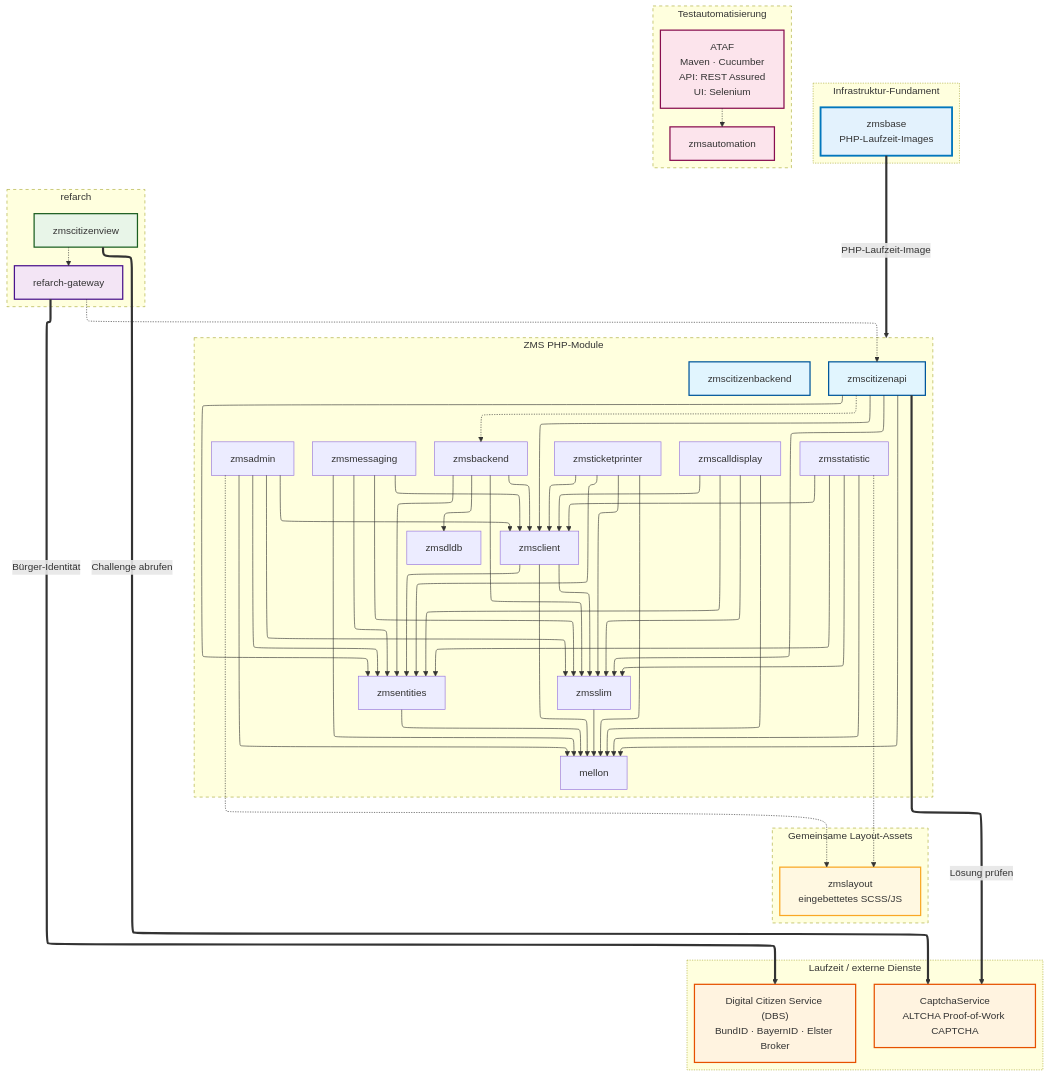
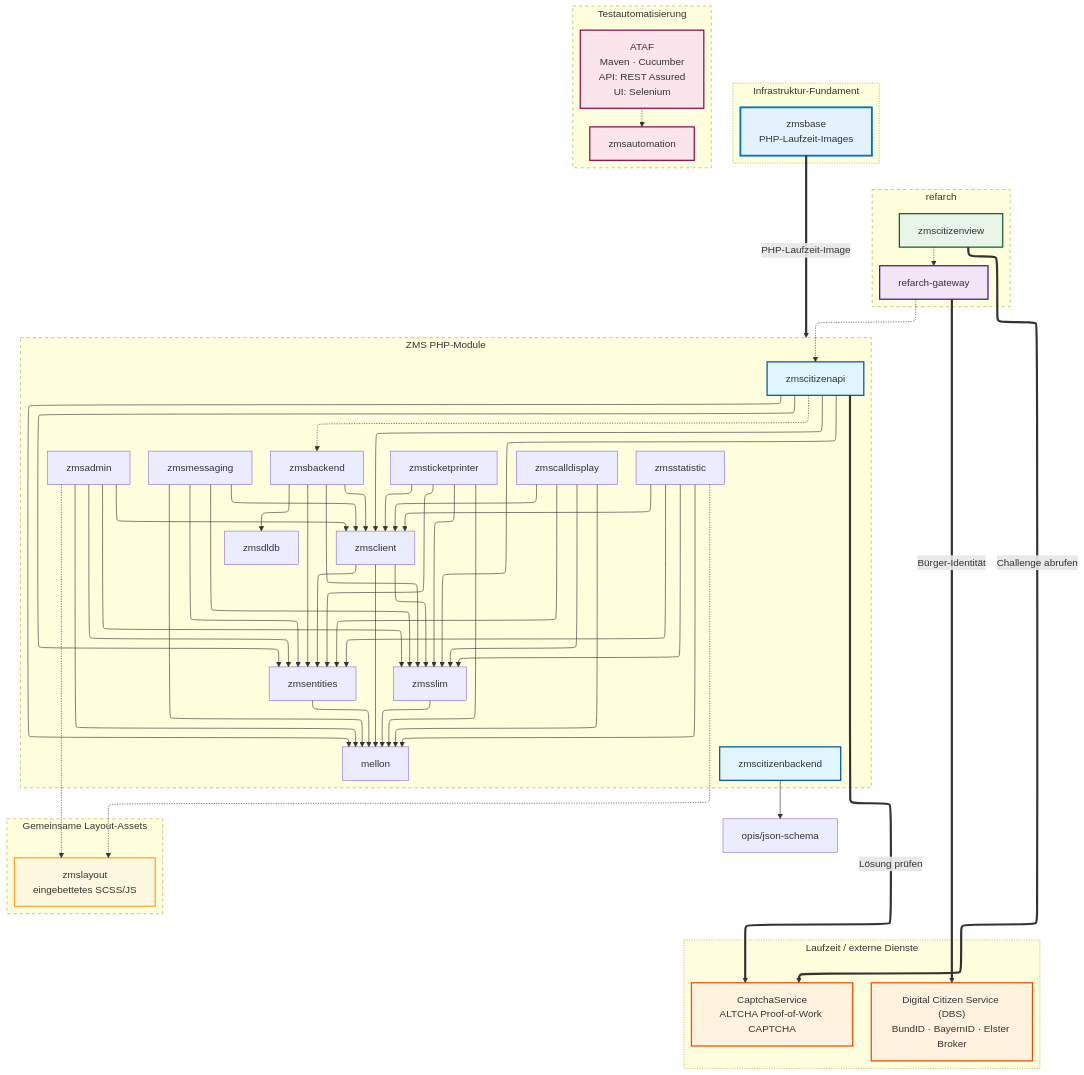
Before and after one commit to it-at-m/eappointment: the diagram in docs/de/setup-and-development/development-rules/dependency-graph.md, drawn with Mermaid. The commit also changed other lines of this file and 55 other files, not shown here.

First line of the commit message:
feat(GH-2899): own Citizen JSON schemas and model validation in zmscitizenbackend

```diff
--- a/docs/de/setup-and-development/development-rules/dependency-graph.md
+++ b/docs/de/setup-and-development/development-rules/dependency-graph.md
@@ -33,6 +33,7 @@
     zmsslim --> mellon;
 
     zmscitizenapi --> mellon & zmsslim & zmsclient & zmsentities;
+    zmscitizenbackend --> opis_json_schema["opis/json-schema"];
 
     %% npm-file:-Abhängigkeiten (gestrichelt)
     zmsadmin -.-> zmslayout;
```
